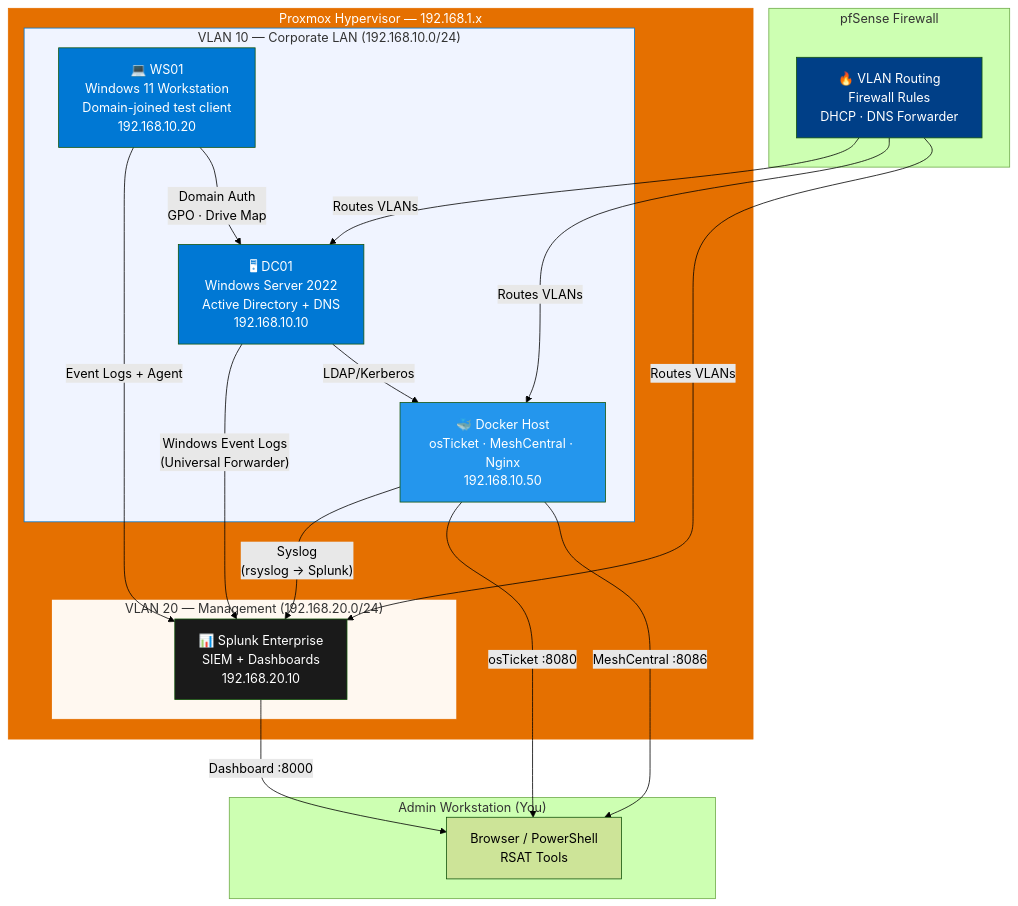
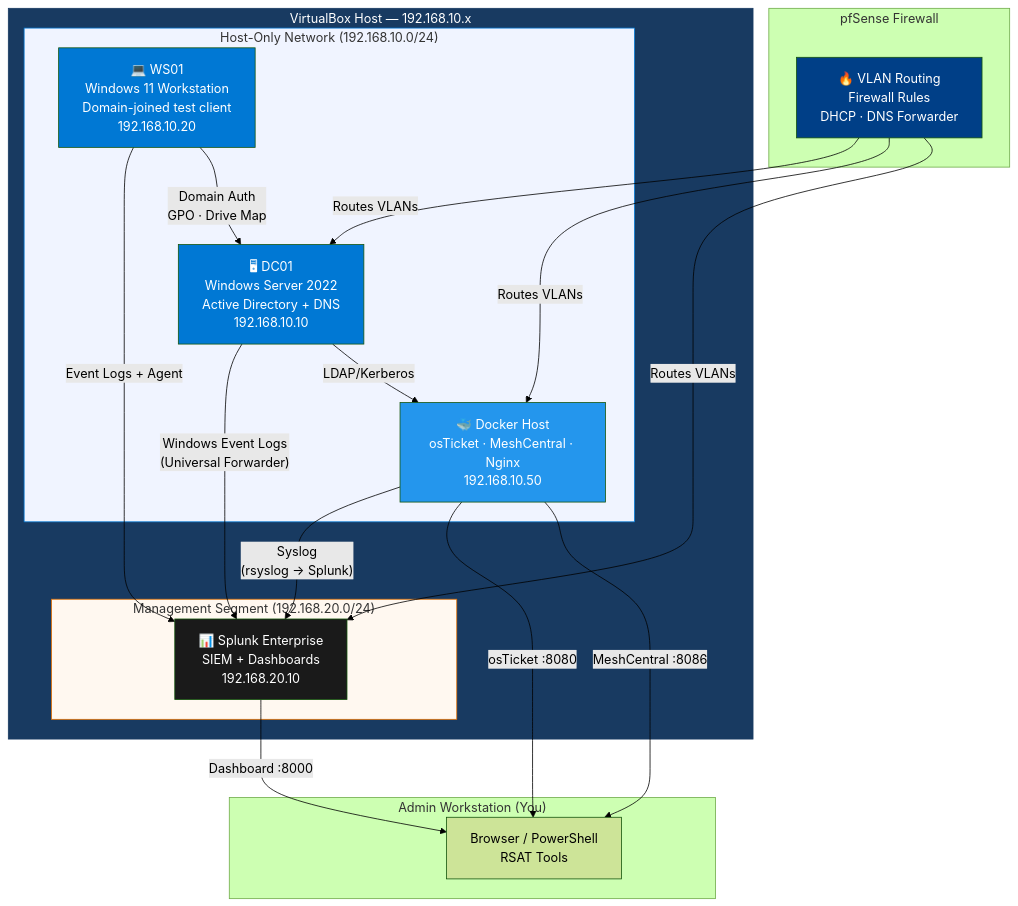
The diagram in README.md (dplafferty04/IT-Simulation-Lab), drawn with Mermaid (forest theme) before and after one commit. The commit also changed other lines of this file and 3 other files, not shown here.

````diff
--- a/README.md
+++ b/README.md
@@ -44,43 +44,43 @@
 ```mermaid
 graph TB
-    subgraph PROXMOX["Proxmox Hypervisor — 192.168.1.x"]
-        subgraph VLAN10["VLAN 10 — Corporate LAN (192.168.10.0/24)"]
+    subgraph PROXMOX["VirtualBox Host — 192.168.10.x"]
+        subgraph VLAN10["Host-Only Network (192.168.10.0/24)"]
             DC01["🖥 DC01\nWindows Server 2022\nActive Directory + DNS\n192.168.10.10"]
             WS01["💻 WS01\nWindows 11 Workstation\nDomain-joined test client\n192.168.10.20"]
             DOCKER["🐳 Docker Host\nosTicket · MeshCentral · Nginx\n192.168.10.50"]
         end
 
-        subgraph VLAN20["VLAN 20 — Management (192.168.20.0/24)"]
+        subgraph VLAN20["Management Segment (192.168.20.0/24)"]
             SPLUNK["📊 Splunk Enterprise\nSIEM + Dashboards\n192.168.20.10"]
         end
     end
 
     subgraph PFSENSE["pfSense Firewall"]
         FW["🔥 VLAN Routing\nFirewall Rules\nDHCP · DNS Forwarder"]
     end
 
     subgraph BROWSER["Admin Workstation (You)"]
         ADMIN["Browser / PowerShell\nRSAT Tools"]
     end
 
     DC01 -- "Windows Event Logs\n(Universal Forwarder)" --> SPLUNK
     DOCKER -- "Syslog\n(rsyslog → Splunk)" --> SPLUNK
     WS01 -- "Event Logs + Agent" --> SPLUNK
     WS01 -- "Domain Auth\nGPO · Drive Map" --> DC01
     DOCKER -- "osTicket :8080" --> ADMIN
     DOCKER -- "MeshCentral :8086" --> ADMIN
     SPLUNK -- "Dashboard :8000" --> ADMIN
     DC01 -- "LDAP/Kerberos" --> DOCKER
     FW -- "Routes VLANs" --> DC01
     FW -- "Routes VLANs" --> DOCKER
     FW -- "Routes VLANs" --> SPLUNK
 
     style DC01    fill:#0078D4,color:#fff
     style WS01    fill:#0078D4,color:#fff
     style DOCKER  fill:#2496ED,color:#fff
     style SPLUNK  fill:#1a1a1a,color:#fff
     style FW      fill:#003F87,color:#fff
-    style PROXMOX fill:#E57000,color:#fff,stroke:#E57000
+    style PROXMOX fill:#183A61,color:#fff,stroke:#183A61
     style VLAN10  fill:#f0f4ff,stroke:#0078D4
     style VLAN20  fill:#fff8f0,stroke:#E57000
 ```
````
